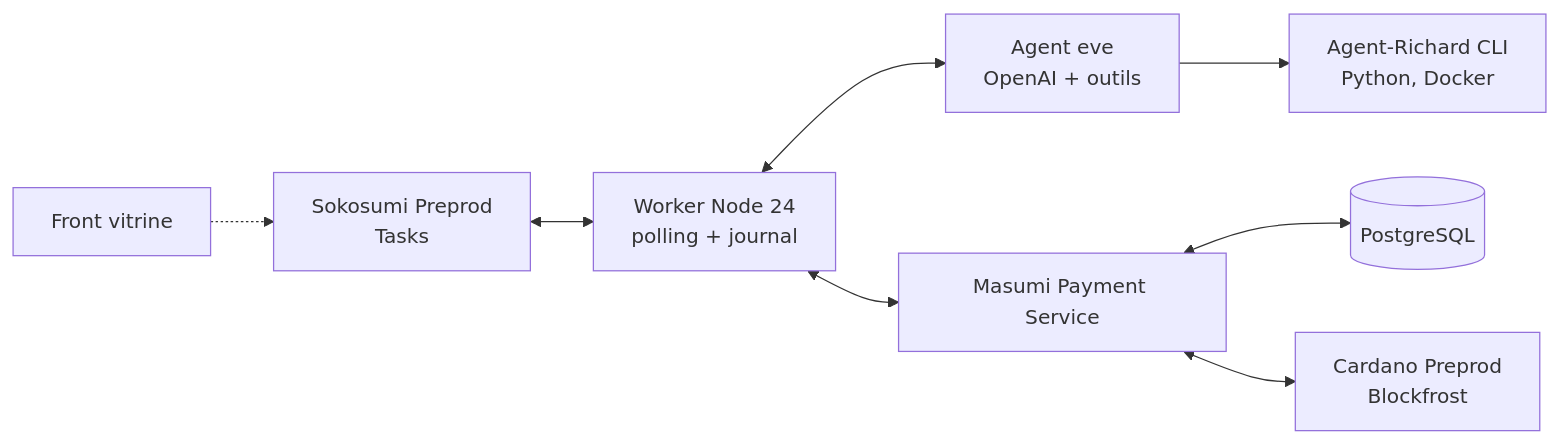
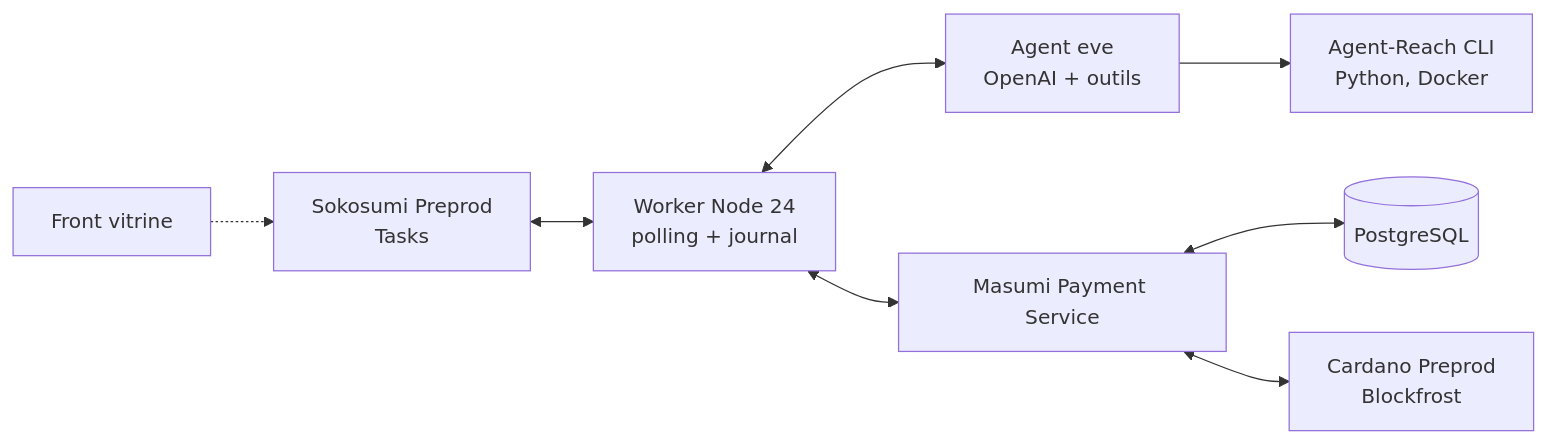
Before and after one commit to DVB-ANS/cardano-reach: the second of 2 diagrams in BRIEF.md, drawn with Mermaid. The commit also changed other lines of this file and 11 other files, not shown here.

````diff
--- a/BRIEF.md
+++ b/BRIEF.md
@@ -257,10 +257,10 @@
 ```mermaid
 flowchart LR
   S[Sokosumi Preprod<br/>Tasks] <--> W[Worker Node 24<br/>polling + journal]
   W <--> E[Agent eve<br/>OpenAI + outils]
-  E --> AR[Agent-Richard CLI<br/>Python, Docker]
+  E --> AR[Agent-Reach CLI<br/>Python, Docker]
   W <--> M[Masumi Payment Service]
   M <--> P[(PostgreSQL)]
   M <--> C[Cardano Preprod<br/>Blockfrost]
   F[Front vitrine] -.-> S
 ```
````
